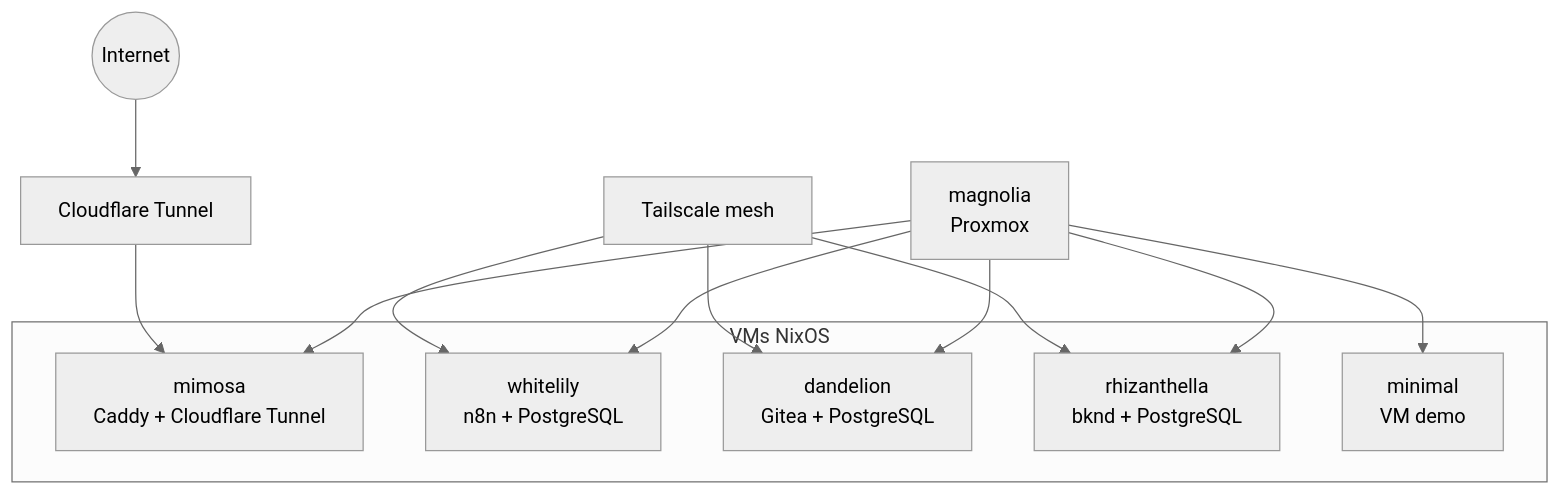
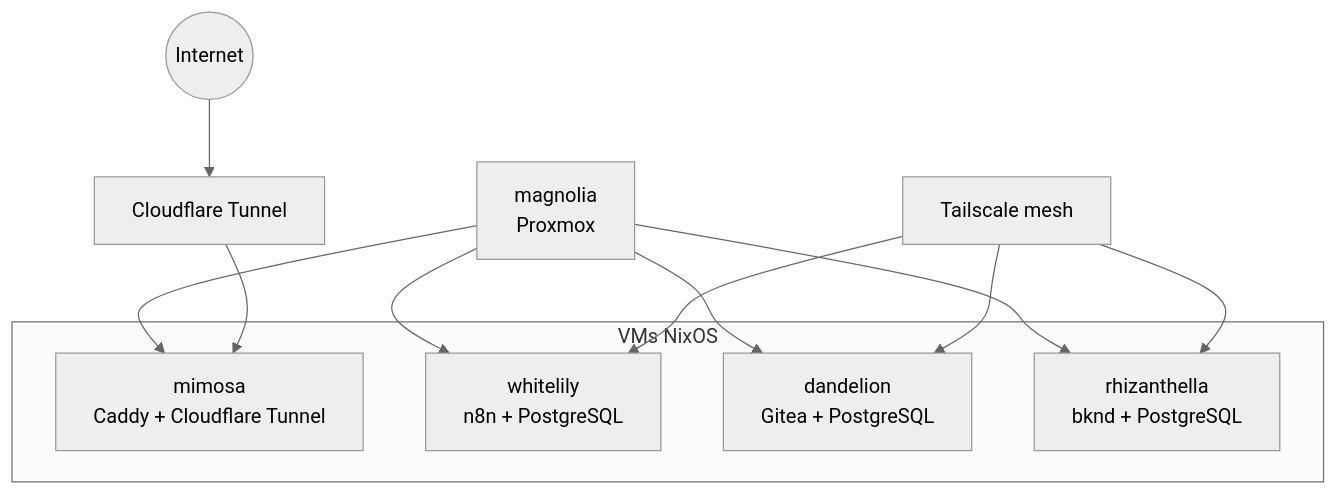
One commit to JeremieAlcaraz/nix-config changed the diagram in README.md. Above: the diagram before and after it, drawn with Mermaid (neutral theme). The commit also changed other lines of this file and 25 other files, not shown here.

````diff
--- a/README.md
+++ b/README.md
@@ -22,27 +21,25 @@
 ```mermaid
 flowchart TD
     Internet((Internet))
     Proxmox["magnolia<br/>Proxmox"]
 
     subgraph VMs["VMs NixOS"]
         Mimosa["mimosa<br/>Caddy + Cloudflare Tunnel"]
         WhiteLily["whitelily<br/>n8n + PostgreSQL"]
         Dandelion["dandelion<br/>Gitea + PostgreSQL"]
         Rhizanthella["rhizanthella<br/>bknd + PostgreSQL"]
-        Minimal["minimal<br/>VM demo"]
     end
 
     Tailscale["Tailscale mesh"]
     Cloudflare["Cloudflare Tunnel"]
 
     Proxmox --> Mimosa
     Proxmox --> WhiteLily
     Proxmox --> Dandelion
     Proxmox --> Rhizanthella
-    Proxmox --> Minimal
 
     Internet --> Cloudflare --> Mimosa
     Tailscale --> WhiteLily
     Tailscale --> Dandelion
     Tailscale --> Rhizanthella
 ```
````
